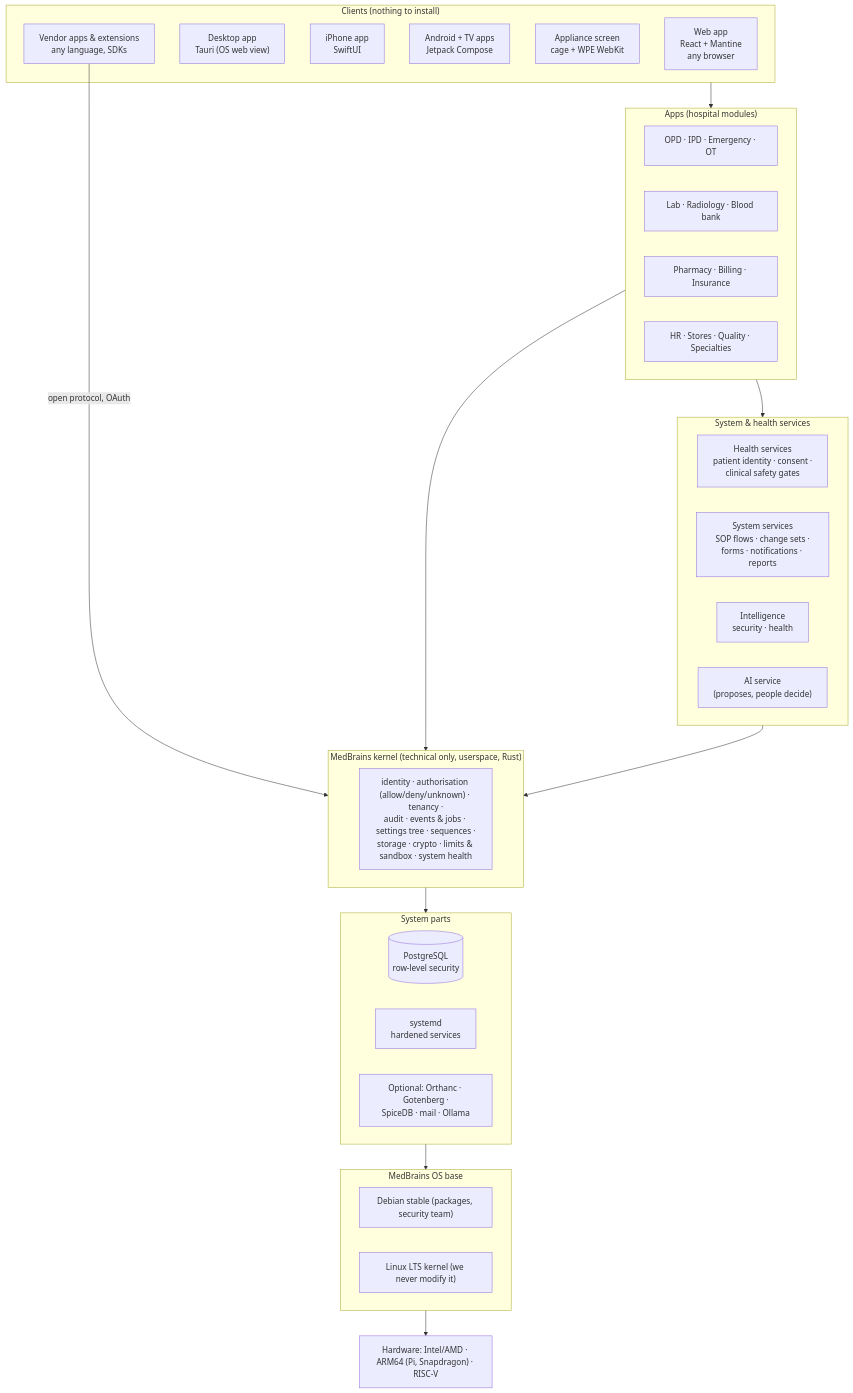
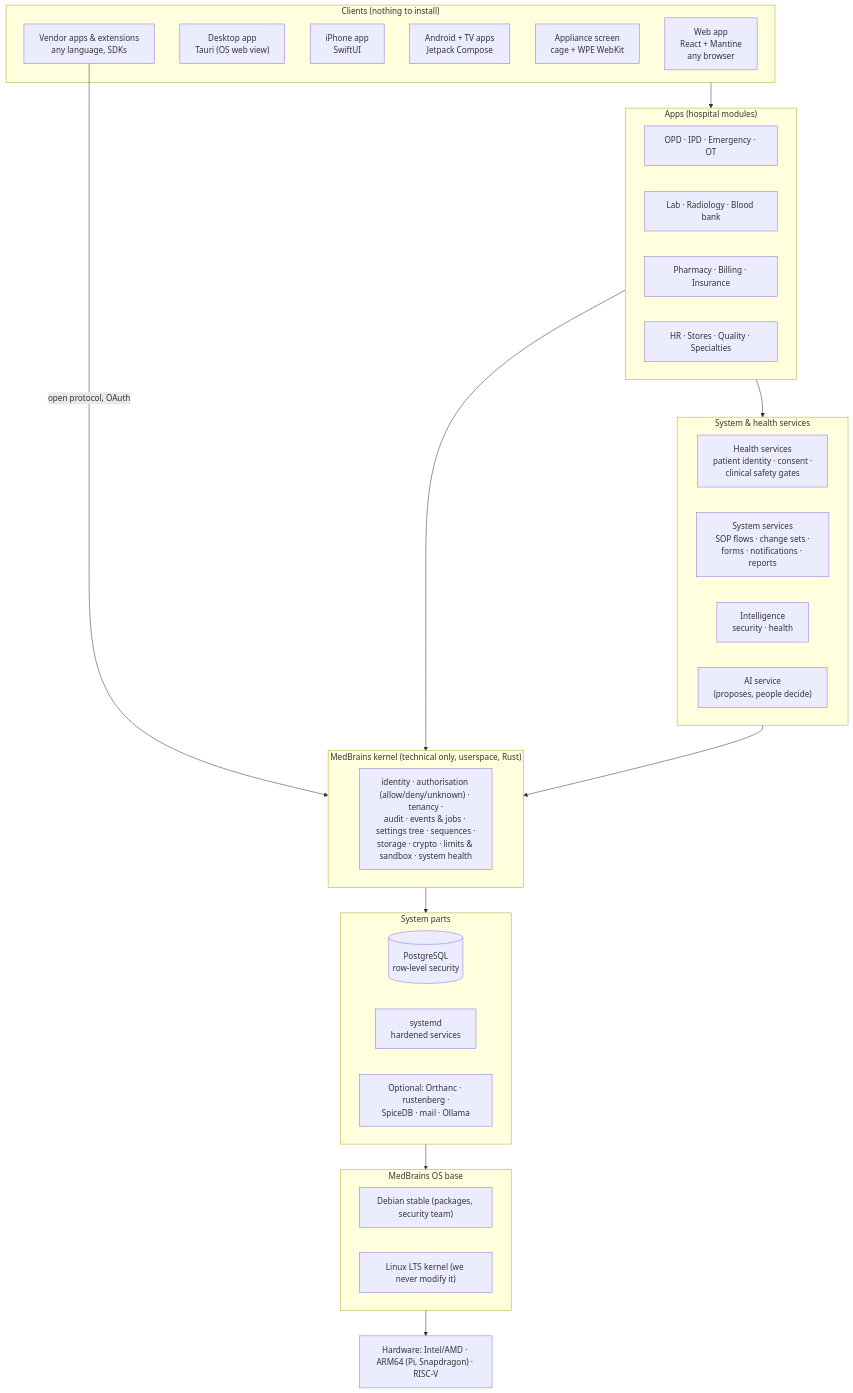
The first of 6 diagrams in medbrains/docs/architecture/HOSPITAL-OS-ARCHITECTURE.md (medbrains/medbrains), drawn with Mermaid before and after one commit. The commit also changed other lines of this file and 2 other files, not shown here.

Commit message:
Use rustenberg for printing in the OS plan, not Gotenberg
The plan named Gotenberg, a 500 MB container, while the standalone installer already
uses our own 8 MB binary. It still needs Chromium, which bears on which browser engine
the appliance screen should use. Record that, and that rustenberg has no public home yet.

````diff
--- a/medbrains/docs/architecture/HOSPITAL-OS-ARCHITECTURE.md
+++ b/medbrains/docs/architecture/HOSPITAL-OS-ARCHITECTURE.md
@@ -20,51 +20,51 @@
 ```mermaid
 flowchart TB
     subgraph Clients["Clients (nothing to install)"]
         WEB["Web app<br/>React + Mantine<br/>any browser"]
         DESK["Desktop app<br/>Tauri (OS web view)"]
         IOS["iPhone app<br/>SwiftUI"]
         AND["Android + TV apps<br/>Jetpack Compose"]
         CONSOLE["Appliance screen<br/>cage + WPE WebKit"]
         EXT["Vendor apps & extensions<br/>any language, SDKs"]
     end
 
     subgraph Apps["Apps (hospital modules)"]
         A1["OPD · IPD · Emergency · OT"]
         A2["Lab · Radiology · Blood bank"]
         A3["Pharmacy · Billing · Insurance"]
         A4["HR · Stores · Quality · Specialties"]
     end
 
     subgraph Services["System & health services"]
         HS["Health services<br/>patient identity · consent ·<br/>clinical safety gates"]
         SS["System services<br/>SOP flows · change sets ·<br/>forms · notifications · reports"]
         INTEL["Intelligence<br/>security · health"]
         AI["AI service<br/>(proposes, people decide)"]
     end
 
     subgraph Kernel["MedBrains kernel (technical only, userspace, Rust)"]
         K["identity · authorisation (allow/deny/unknown) · tenancy ·<br/>audit · events & jobs · settings tree · sequences ·<br/>storage · crypto · limits & sandbox · system health"]
     end
 
     subgraph System["System parts"]
         PG[("PostgreSQL<br/>row-level security")]
         SD["systemd<br/>hardened services"]
-        OPT["Optional: Orthanc · Gotenberg ·<br/>SpiceDB · mail · Ollama"]
+        OPT["Optional: Orthanc · rustenberg ·<br/>SpiceDB · mail · Ollama"]
     end
 
     subgraph Base["MedBrains OS base"]
         DEB["Debian stable (packages, security team)"]
         LNX["Linux LTS kernel (we never modify it)"]
     end
 
     HW["Hardware: Intel/AMD · ARM64 (Pi, Snapdragon) · RISC-V"]
 
     Clients --> Apps
     EXT -->|"open protocol, OAuth"| Kernel
     Apps --> Services
     Apps --> Kernel
     Services --> Kernel
     Kernel --> System
     System --> Base
     Base --> HW
 ```
````
